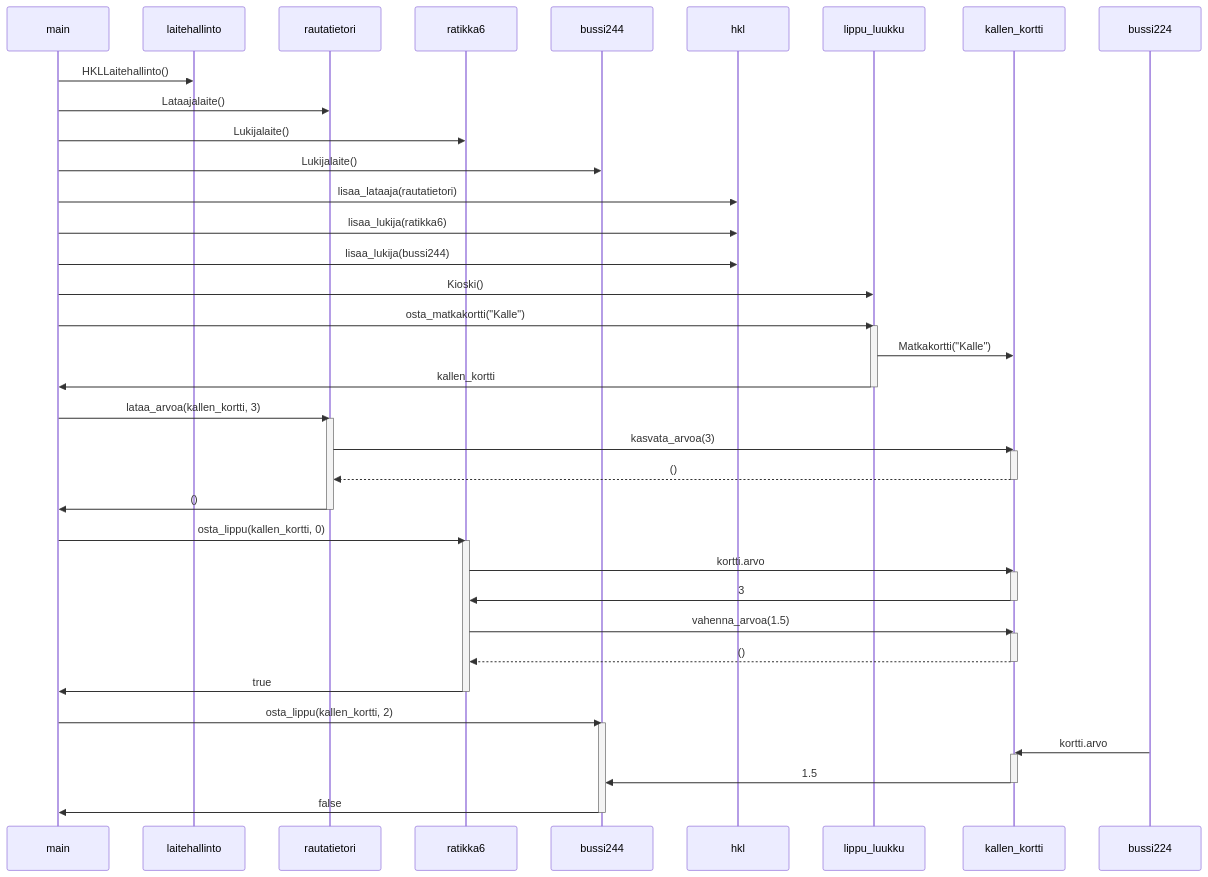
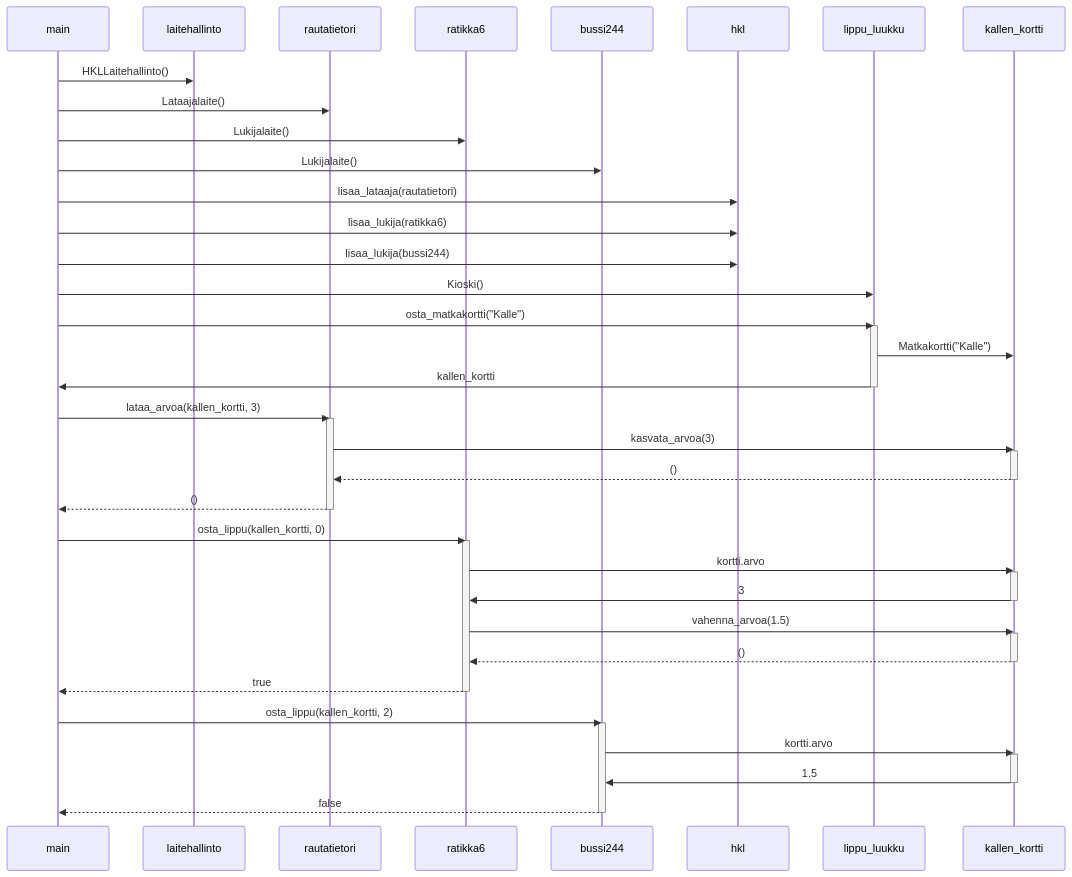
One commit to immone/ot-harjoitustyo-s2023 changed the diagram in laskarit/viikko3/matkakortti.md. Above: the diagram before and after it, drawn with Mermaid.

Commit message:
initial seq diagram

````diff
--- a/laskarit/viikko3/matkakortti.md
+++ b/laskarit/viikko3/matkakortti.md
@@ -1,51 +1,51 @@
 ```mermaid
 sequenceDiagram
     main->>laitehallinto: HKLLaitehallinto() 
     main->>rautatietori: Lataajalaite()
     main->>ratikka6: Lukijalaite()
     main->>bussi244: Lukijalaite()
     
     main->>hkl: lisaa_lataaja(rautatietori)
     
     main->>hkl: lisaa_lukija(ratikka6)
     
     main->> hkl: lisaa_lukija(bussi244)
 
     main->>lippu_luukku: Kioski()
     main ->> lippu_luukku: osta_matkakortti("Kalle")
     activate lippu_luukku
     lippu_luukku ->> kallen_kortti: Matkakortti("Kalle")
     lippu_luukku ->> main: kallen_kortti
     deactivate lippu_luukku
     
     main->>rautatietori : lataa_arvoa(kallen_kortti, 3)
     activate rautatietori
     rautatietori->>kallen_kortti: kasvata_arvoa(3)
     activate kallen_kortti
     kallen_kortti -->>rautatietori: ()
     deactivate kallen_kortti
-    rautatietori ->> main: ()
+    rautatietori -->> main: ()
     deactivate rautatietori
     
    	main ->> ratikka6: osta_lippu(kallen_kortti, 0)
    	activate ratikka6
    	ratikka6 ->> kallen_kortti: kortti.arvo
    	activate kallen_kortti
    	kallen_kortti ->> ratikka6: 3
    	deactivate kallen_kortti
    	ratikka6 ->> kallen_kortti: vahenna_arvoa(1.5)
    	activate kallen_kortti
    	kallen_kortti -->> ratikka6: ()
    	deactivate kallen_kortti
-   	ratikka6 ->> main: true
+   	ratikka6 -->> main: true
    	deactivate ratikka6
    	
    	main ->> bussi244: osta_lippu(kallen_kortti, 2)
    	activate bussi244
-   	bussi224 ->> kallen_kortti: kortti.arvo
+   	bussi244 ->> kallen_kortti: kortti.arvo
    	activate kallen_kortti
    	kallen_kortti ->> bussi244: 1.5
    	deactivate kallen_kortti
-   	bussi244 ->> main: false
+   	bussi244 -->> main: false
    	deactivate bussi244
 ```
````
